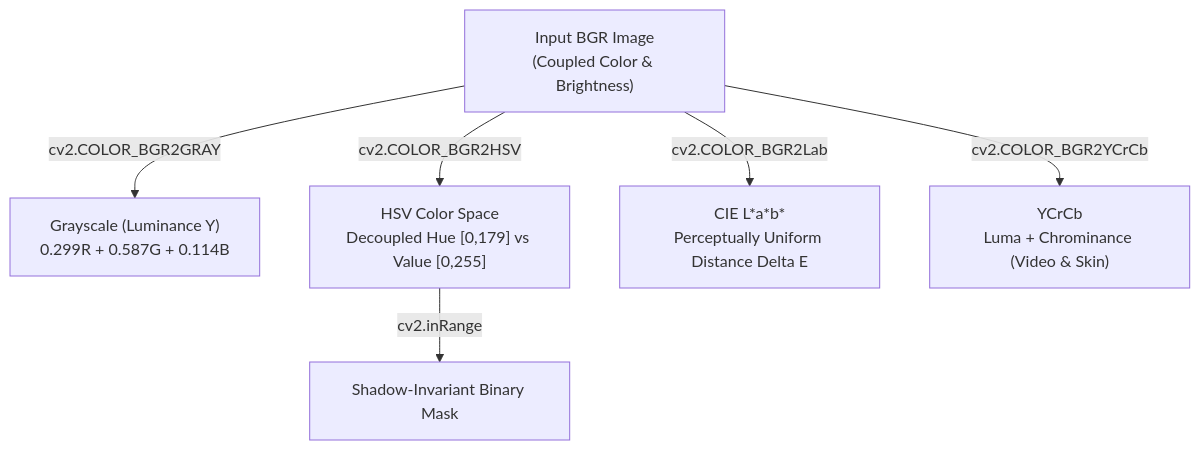
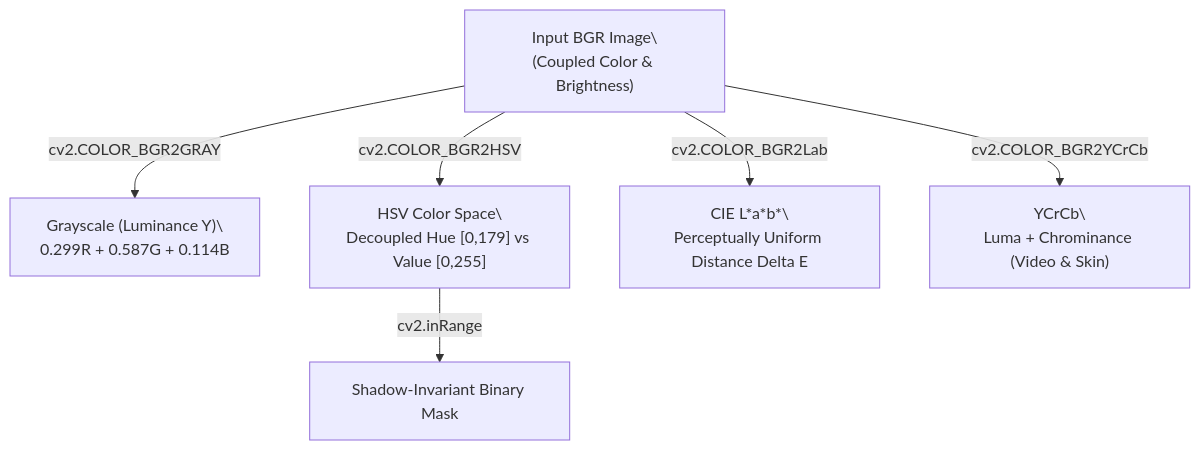
Before and after one commit to jashu-16/cv_learning: the fourth of 6 diagrams in docs/opencv/part1_fundamentals.md, drawn with Mermaid. The commit also changed other lines of this file and 24 other files, not shown here.

````diff
--- a/docs/opencv/part1_fundamentals.md
+++ b/docs/opencv/part1_fundamentals.md
@@ -714,8 +805,8 @@
 ```mermaid
 flowchart TD
-    BGR["Input BGR Image\n(Coupled Color & Brightness)"] -->|cv2.COLOR_BGR2GRAY| GRAY["Grayscale (Luminance Y)\n0.299R + 0.587G + 0.114B"]
-    BGR -->|cv2.COLOR_BGR2HSV| HSV["HSV Color Space\nDecoupled Hue [0,179] vs Value [0,255]"]
-    BGR -->|cv2.COLOR_BGR2Lab| LAB["CIE L*a*b*\nPerceptually Uniform Distance Delta E"]
-    BGR -->|cv2.COLOR_BGR2YCrCb| YCRCB["YCrCb\nLuma + Chrominance (Video & Skin)"]
+    BGR["Input BGR Image\\n(Coupled Color & Brightness)"] -->|cv2.COLOR_BGR2GRAY| GRAY["Grayscale (Luminance Y)\\n0.299R + 0.587G + 0.114B"]
+    BGR -->|cv2.COLOR_BGR2HSV| HSV["HSV Color Space\\nDecoupled Hue [0,179] vs Value [0,255]"]
+    BGR -->|cv2.COLOR_BGR2Lab| LAB["CIE L*a*b*\\nPerceptually Uniform Distance Delta E"]
+    BGR -->|cv2.COLOR_BGR2YCrCb| YCRCB["YCrCb\\nLuma + Chrominance (Video & Skin)"]
     HSV -->|cv2.inRange| MASK["Shadow-Invariant Binary Mask"]
 ```
````
